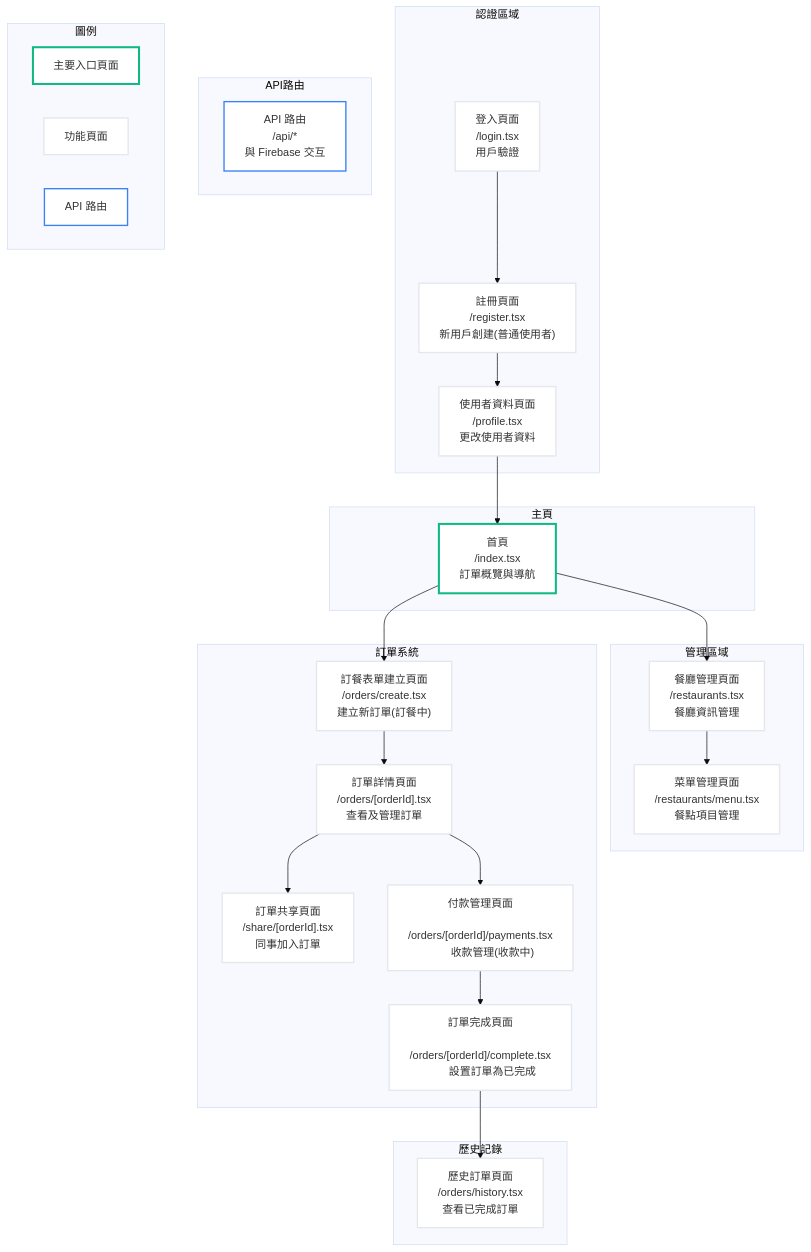
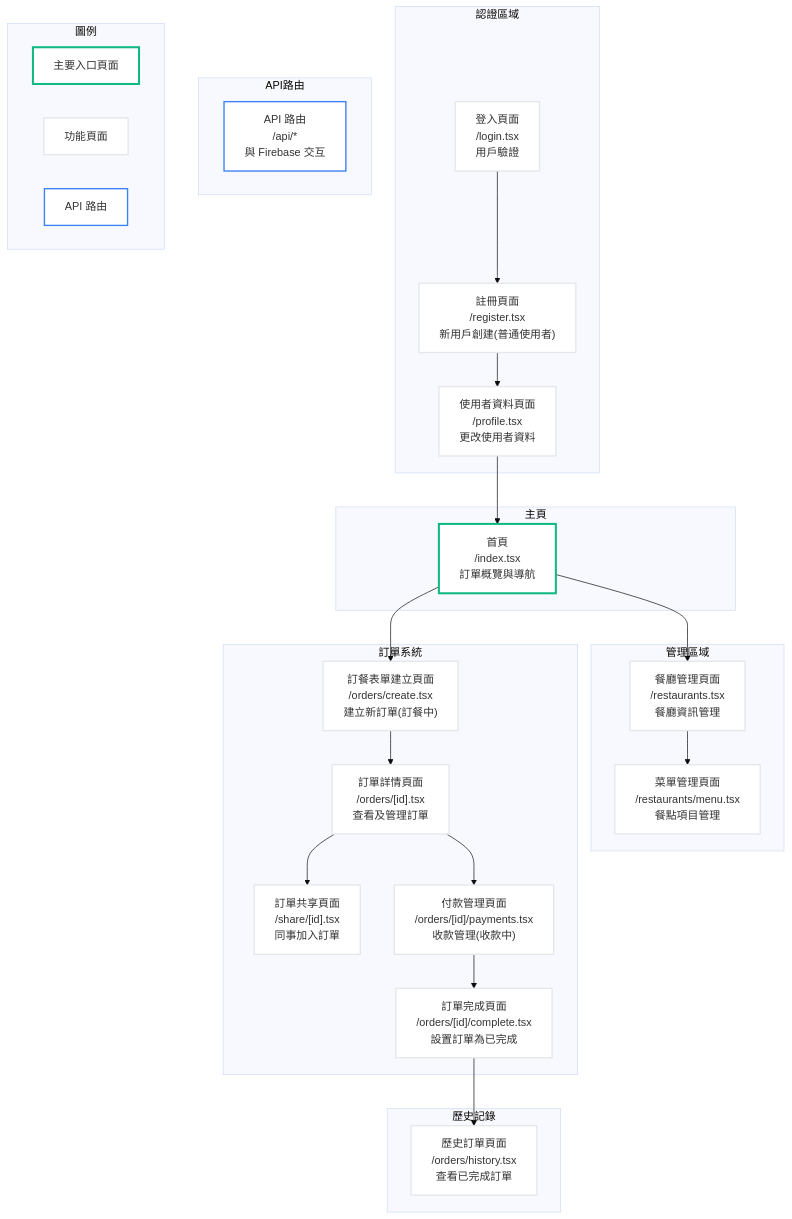
Before and after one commit to s611211397/didi-go: the diagram in outline/Architecture.mmd, drawn with Mermaid (base theme). The commit also changed 3 other files, not shown here.

```diff
--- a/outline/Architecture.mmd
+++ b/outline/Architecture.mmd
@@ -1,93 +1,93 @@
 flowchart TB
     %% 定義頁面樣式
     classDef home fill:white,stroke:#10B981,stroke-width:3px;
     classDef page fill:white,stroke:#E5E7EB,stroke-width:2px;
     classDef api fill:white,stroke:#3B82F6,stroke-width:2px;
     
     %% 認證區域
     subgraph 認證區域
         login["登入頁面
         /login.tsx
         用戶驗證"]
         register["註冊頁面
         /register.tsx
         新用戶創建(普通使用者)"]
         userProfile["使用者資料頁面
         /profile.tsx
         更改使用者資料"]
     end
     
     %% 主頁
     subgraph 主頁
         home["首頁
         /index.tsx
         訂單概覽與導航"]
     end
     
     %% 管理區域
     subgraph 管理區域
         restaurants["餐廳管理頁面
         /restaurants.tsx
         餐廳資訊管理"]
         menu["菜單管理頁面
         /restaurants/menu.tsx
         餐點項目管理"]
     end
     
     %% 訂單系統
     subgraph 訂單系統
         orderForm["訂餐表單建立頁面
         /orders/create.tsx
         建立新訂單(訂餐中)"]
         order["訂單詳情頁面
-        /orders/[orderId].tsx
+        /orders/[id].tsx
         查看及管理訂單"]
         share["訂單共享頁面
-        /share/[orderId].tsx
+        /share/[id].tsx
         同事加入訂單"]
         payment["付款管理頁面
-        /orders/[orderId]/payments.tsx
+        /orders/[id]/payments.tsx
         收款管理(收款中)"]
         complete["訂單完成頁面
-        /orders/[orderId]/complete.tsx
+        /orders/[id]/complete.tsx
         設置訂單為已完成"]
     end
     
     %% 歷史記錄
     subgraph 歷史記錄
         history["歷史訂單頁面
         /orders/history.tsx
         查看已完成訂單"]
     end
     
     %% API 路由
     subgraph API路由
         api["API 路由
         /api/*
         與 Firebase 交互"]
     end
     
     %% 應用樣式
     class home home;
     class login,register,userProfile,restaurants,menu,orderForm,order,share,payment,complete,history page;
     class api api;
     
     %% 使用者流程
     login --> register --> userProfile
     userProfile --> home
     home --> orderForm --> order
     order --> share
     order --> payment --> complete
     complete --> history
     home --> restaurants --> menu
     
     %% 圖例區域
     subgraph 圖例
         main["主要入口頁面"]
         normal["功能頁面"]
         apiNode["API 路由"]
     end
     
     class main home;
     class normal page;
     class apiNode api;
```
